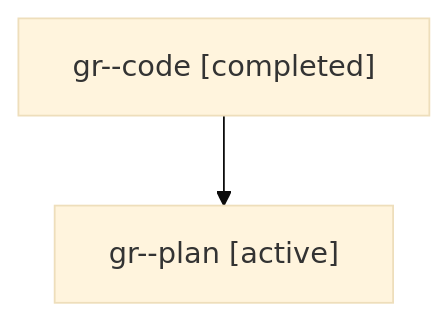
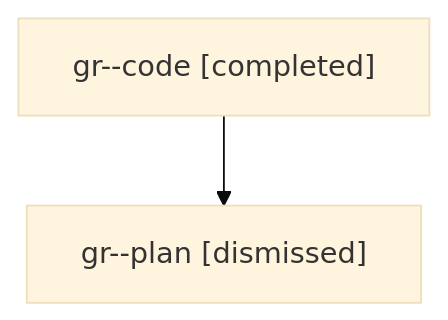
Before and after one commit to sase-org/sase--agents: the diagram in sessions/bbugyi200.athena.gr.md, drawn with Mermaid (base theme). The commit also changed other lines of this file and 29 other files, not shown here.

````diff
--- a/sessions/bbugyi200.athena.gr.md
+++ b/sessions/bbugyi200.athena.gr.md
@@ -9,6 +9,6 @@
 ```mermaid
 flowchart TD
   n0["gr--code [completed]"]
-  n1["gr--plan [active]"]
+  n1["gr--plan [dismissed]"]
   n0 --> n1
 ```
````
